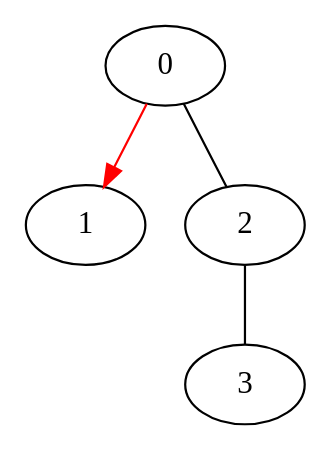
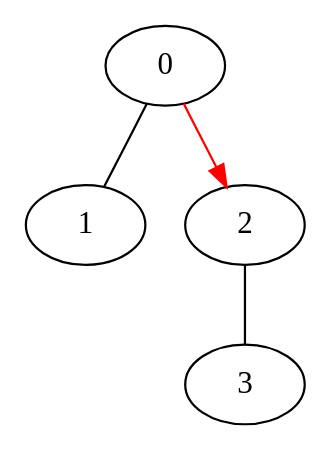
Before and after one commit to DSMishler/EBA_models: the diagram in EBA_graphviz/testrun/sim0000.dot, drawn with Graphviz. The commit also changed 42 other files, not shown here.

```diff
--- a/EBA_graphviz/testrun/sim0000.dot
+++ b/EBA_graphviz/testrun/sim0000.dot
@@ -1,11 +1,11 @@
 // network test graph
 digraph
 {
 	0 []
 	1 []
 	2 []
 	3 []
-	0 -> 1 [dir=forward,color=red]
-	0 -> 2 [dir=none]
+	0 -> 1 [dir=none]
+	0 -> 2 [dir=forward,color=red]
 	2 -> 3 [dir=none]
 }
```
